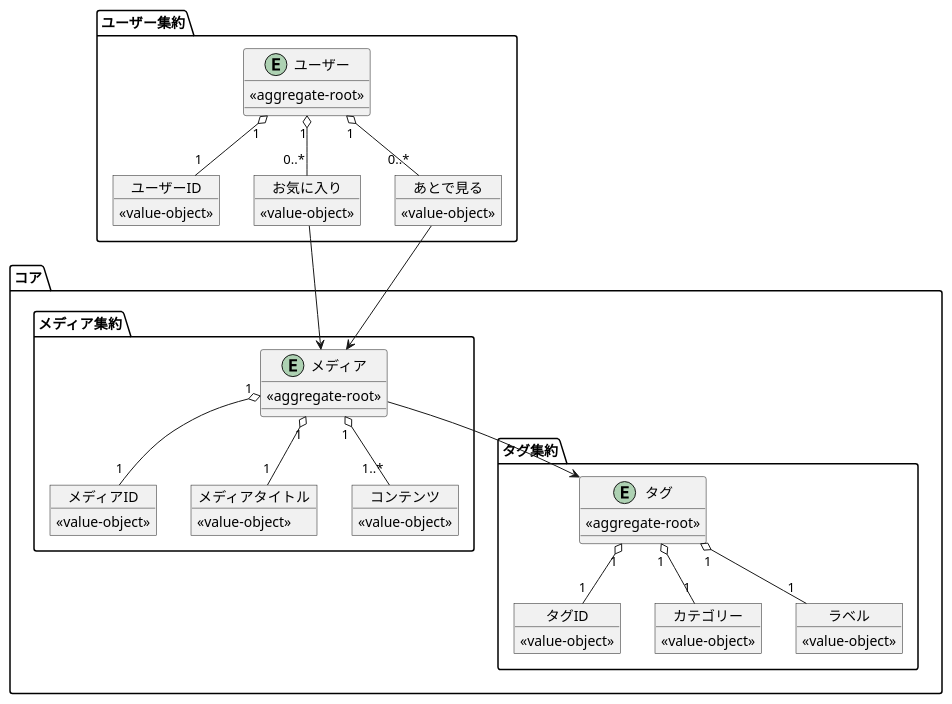
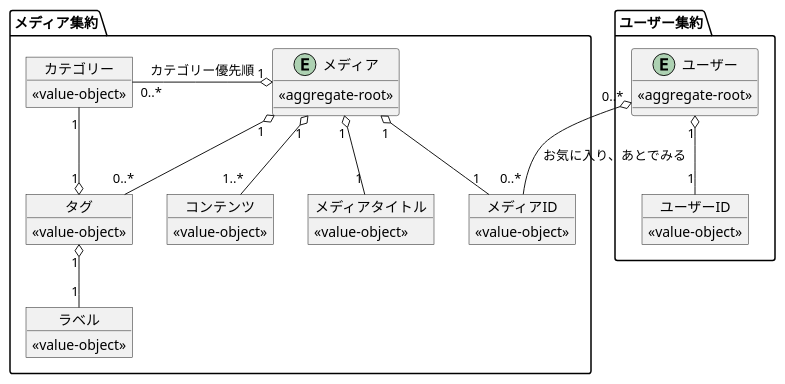
One commit to hachimitu22/MangaViewer changed the diagram in doc/2_domain/ドメインモデル.puml. Above: the diagram before and after it, drawn with PlantUML. The commit also changed 37 other files, not shown here.

```diff
--- a/doc/2_domain/ドメインモデル.puml
+++ b/doc/2_domain/ドメインモデル.puml
@@ -1,81 +1,60 @@
 @startuml
 ' skinparam linetype ortho
 
-package コア {
+package メディア集約 {
 
-    package メディア集約 {
-
-        entity メディア {
-            <<aggregate-root>>
-        }
-
-        object メディアID {
-            <<value-object>>
-        }
-
-        object メディアタイトル {
-            <<value-object>>
-        }
-
-        object コンテンツ {
-            <<value-object>>
-        }
-
-        メディア "1" o-- "1" メディアID
-        メディア "1" o-- "1" メディアタイトル
-        メディア "1" o-- "1..*" コンテンツ
+    entity メディア {
+        <<aggregate-root>>
     }
 
-    package タグ集約 {
+    object メディアID {
+        <<value-object>>
+    }
 
-        entity タグ {
-            <<aggregate-root>>
-        }
+    object メディアタイトル {
+        <<value-object>>
+    }
 
-        object タグID {
-            <<value-object>>
-        }
+    object コンテンツ {
+        <<value-object>>
+    }
 
-        object カテゴリー {
-            <<value-object>>
-        }
+    object タグ {
+        <<value-object>>
+    }
 
-        object ラベル {
-            <<value-object>>
-        }
+    object カテゴリー {
+        <<value-object>>
+    }
 
-        タグ "1" o-- "1" タグID
-        タグ "1" o-- "1" カテゴリー
-        タグ "1" o-- "1" ラベル
+    object ラベル {
+        <<value-object>>
     }
+
+    メディア "1" o-- "1" メディアID
+    メディア "1" o-- "1" メディアタイトル
+    メディア "1" o-- "1..*" コンテンツ
+    メディア "1" o-- "0..*" タグ
+    メディア "1" o-l- "0..*" カテゴリー : カテゴリー優先順
+
+    タグ "1" o-- "1" カテゴリー
+    タグ "1" o-- "1" ラベル
 }
 
 package ユーザー集約 {
 
     entity ユーザー {
         <<aggregate-root>>
     }
 
     object ユーザーID {
         <<value-object>>
     }
 
-    object お気に入り {
-        <<value-object>>
-    }
-
-    object あとで見る {
-        <<value-object>>
-    }
-
     ユーザー "1" o-- "1" ユーザーID
-    ユーザー "1" o-- "0..*" お気に入り
-    ユーザー "1" o-- "0..*" あとで見る
 }
 
 ' 集約を跨ぐ参照（弱い参照）
-ユーザー集約.お気に入り --> コア.メディア集約.メディア
-ユーザー集約.あとで見る --> コア.メディア集約.メディア
-コア.メディア集約.メディア --> コア.タグ集約.タグ
+ユーザー集約.ユーザー "0..*" o-- "0..*" メディア集約.メディアID : お気に入り、あとでみる
 
 @enduml
```
